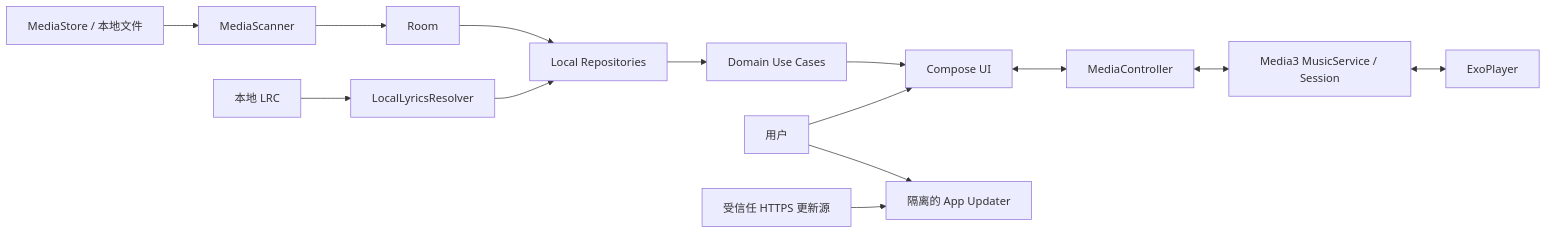
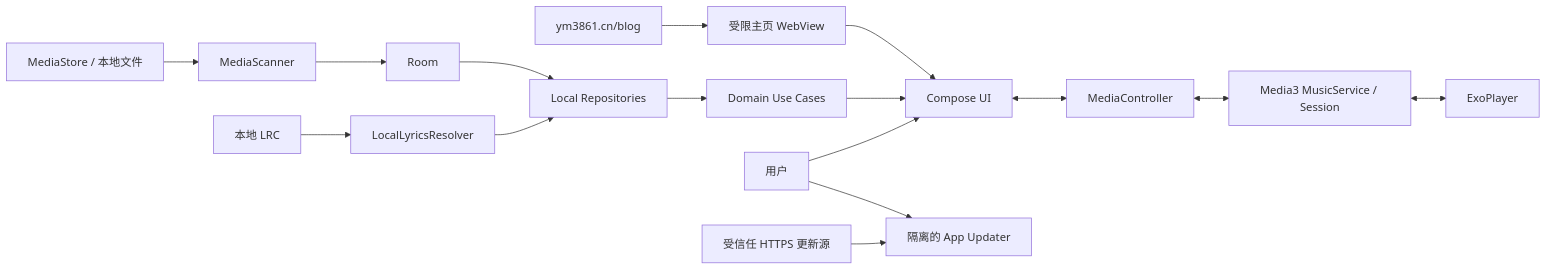
One commit to admin0330/real-liquid-glass-android-demo changed the first of 6 diagrams in docs/ARCHITECTURE.md. Above: the diagram before and after it, drawn with Mermaid. The commit also changed other lines of this file and 11 other files, not shown here.

````diff
--- a/docs/ARCHITECTURE.md
+++ b/docs/ARCHITECTURE.md
@@ -63,16 +63,18 @@
 ```mermaid
 flowchart LR
     User["用户"] --> UI["Compose UI"]
     MediaFiles["MediaStore / 本地文件"] --> Scanner["MediaScanner"]
     LyricsFiles["本地 LRC"] --> LyricsResolver["LocalLyricsResolver"]
     Scanner --> Database["Room"]
     LyricsResolver --> Repository["Local Repositories"]
     Database --> Repository
     Repository --> Domain["Domain Use Cases"]
     Domain --> UI
     UI <--> Controller["MediaController"]
     Controller <--> Service["Media3 MusicService / Session"]
     Service <--> Player["ExoPlayer"]
+    BlogServer["ym3861.cn/blog"] --> BlogHome["受限主页 WebView"]
+    BlogHome --> UI
     UpdateServer["受信任 HTTPS 更新源"] --> Updater["隔离的 App Updater"]
     User --> Updater
 ```
````
